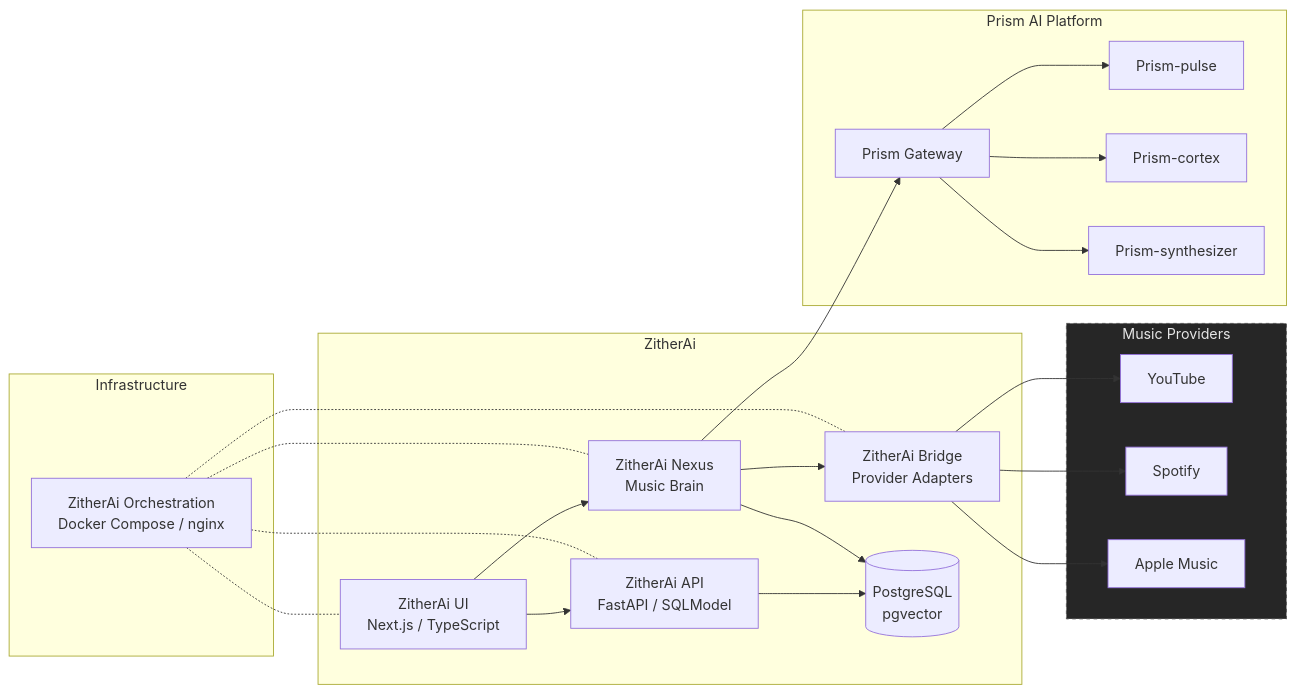
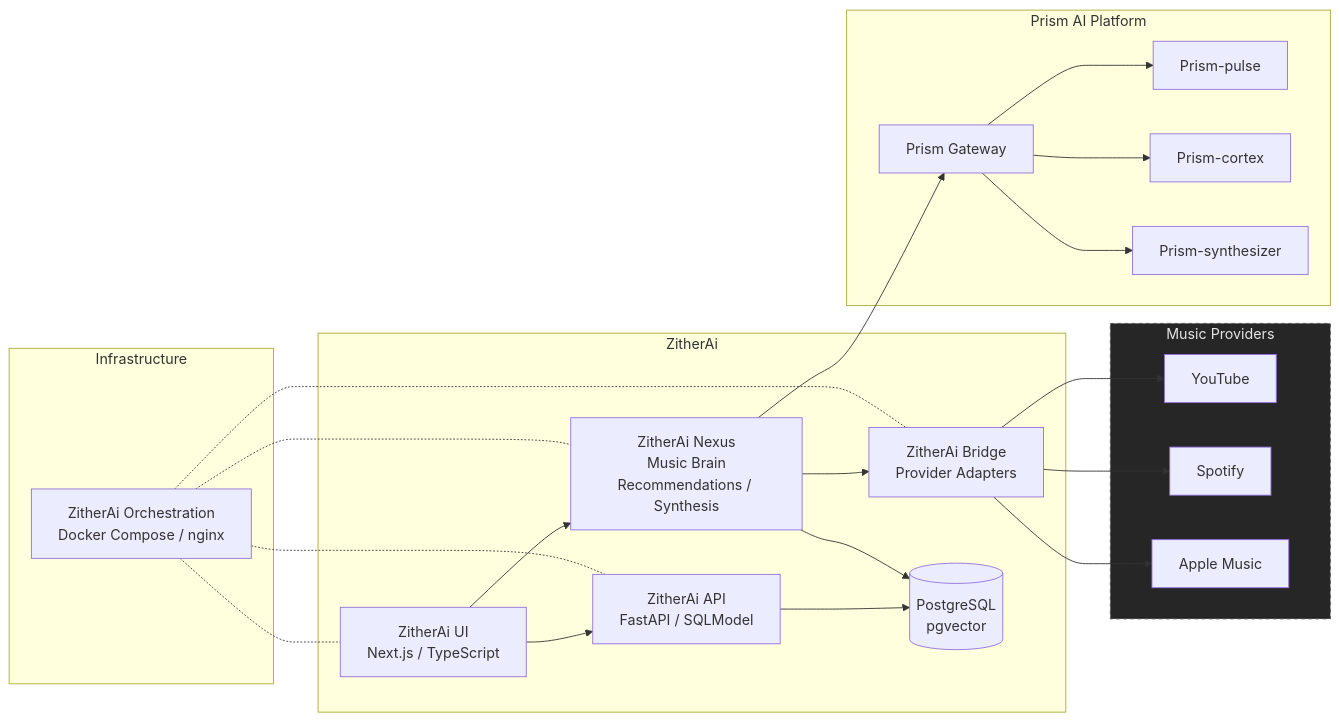
Before and after one commit to vsinghal3737/vsinghal3737: the third of 3 diagrams in README.md, drawn with Mermaid. The commit also changed other lines of this file, not shown here.

````diff
--- a/README.md
+++ b/README.md
@@ -85,47 +85,46 @@
 ```mermaid
 flowchart LR
     subgraph ZitherAi
         ZUI["ZitherAi UI<br/>Next.js / TypeScript"]
         ZAPI["ZitherAi API<br/>FastAPI / SQLModel"]
-        ZNexus["ZitherAi Nexus<br/>Music Brain"]
+        ZNexus["ZitherAi Nexus<br/>Music Brain<br/>Recommendations / Synthesis"]
         ZBridge["ZitherAi Bridge<br/>Provider Adapters"]
         PG[("PostgreSQL<br/>pgvector")]
     end
 
     subgraph Providers["Music Providers"]
-
         YouTube["YouTube"]
         Spotify["Spotify"]
         Apple["Apple Music"]
     end
 
     subgraph Prism["Prism AI Platform"]
         Gateway["Prism Gateway"]
         Pulse["Prism-pulse"]
         Cortex["Prism-cortex"]
         Synthesizer["Prism-synthesizer"]
     end
 
     subgraph Infra["Infrastructure"]
         ZOrch["ZitherAi Orchestration<br/>Docker Compose / nginx"]
     end
 
     ZUI --> ZAPI
     ZUI --> ZNexus
     ZAPI --> PG
     ZNexus --> PG
     ZNexus --> ZBridge
     ZBridge --> YouTube
     ZBridge --> Spotify
     ZBridge --> Apple
     ZNexus --> Gateway
     Gateway --> Pulse
     Gateway --> Cortex
     Gateway --> Synthesizer
     ZOrch -.- ZUI
     ZOrch -.- ZAPI
     ZOrch -.- ZNexus
     ZOrch -.- ZBridge
 
     style Providers fill:#262626,stroke:#525252,color:#e5e5e5,stroke-dasharray: 4 4
 ```
````
